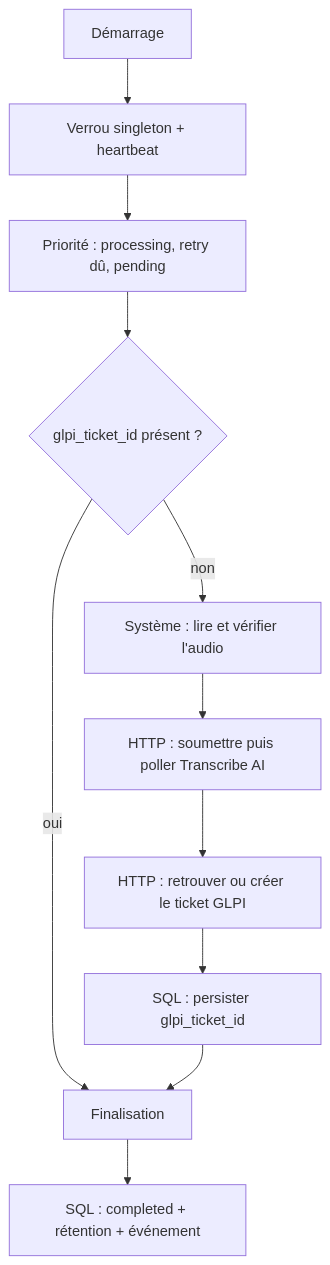
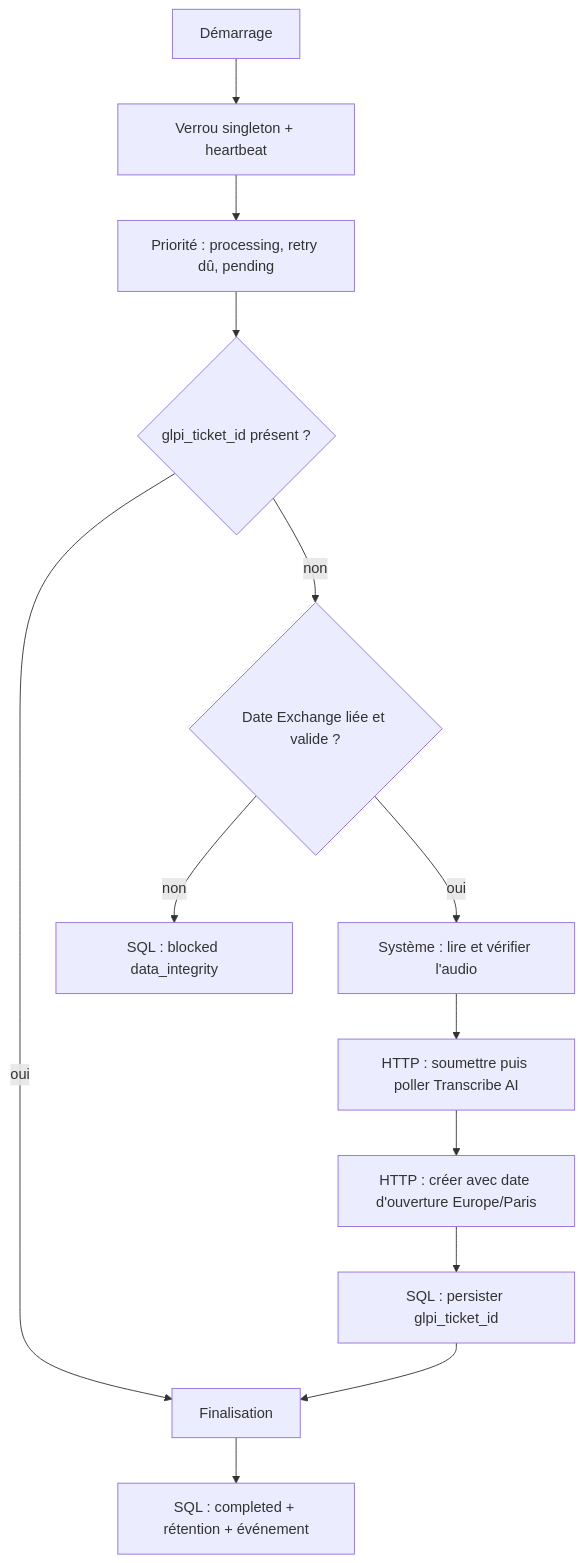
Before and after one commit to dev-vauclaire/mevo2glpi: the third of 5 diagrams in docs/mvp-architecture.md, drawn with Mermaid. The commit also changed other lines of this file and 29 other files, not shown here.

Commit message:
feat(glpi): use Exchange received date for ticket opening

````diff
--- a/docs/mvp-architecture.md
+++ b/docs/mvp-architecture.md
@@ -307,13 +307,15 @@
 ```mermaid
 flowchart TD
     Start[Démarrage] --> Lock[Verrou singleton + heartbeat]
     Lock --> Select[Priorité : processing, retry dû, pending]
     Select --> HasTicket{glpi_ticket_id présent ?}
     HasTicket -->|oui| Finalize[Finalisation]
-    HasTicket -->|non| Read[Système : lire et vérifier l'audio]
+    HasTicket -->|non| SourceDate{Date Exchange liée et valide ?}
+    SourceDate -->|non| Blocked[SQL : blocked data_integrity]
+    SourceDate -->|oui| Read[Système : lire et vérifier l'audio]
     Read --> Transcribe[HTTP : soumettre puis poller Transcribe AI]
-    Transcribe --> GLPI[HTTP : retrouver ou créer le ticket GLPI]
+    Transcribe --> GLPI[HTTP : créer avec date d'ouverture Europe/Paris]
     GLPI --> Persist[SQL : persister glpi_ticket_id]
     Persist --> Finalize
     Finalize --> Complete[SQL : completed + rétention + événement]
 ```
````
